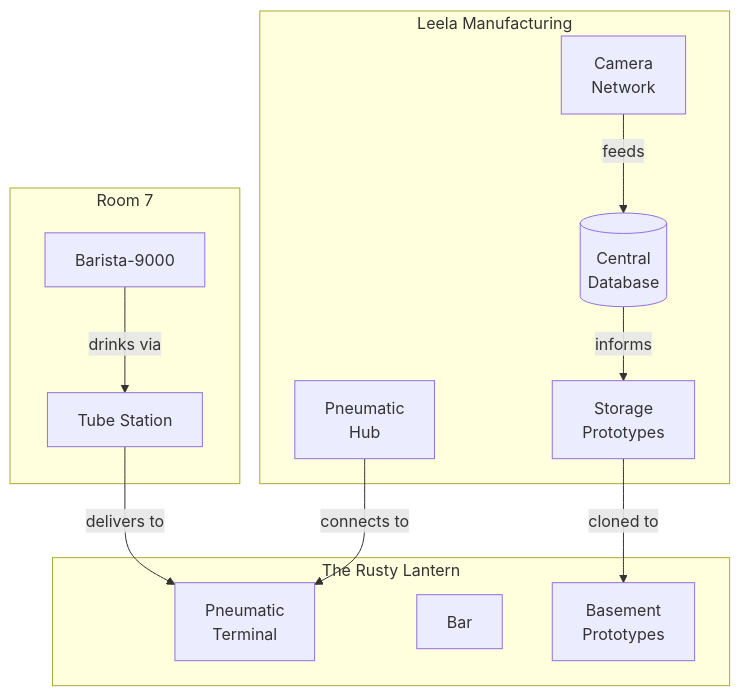
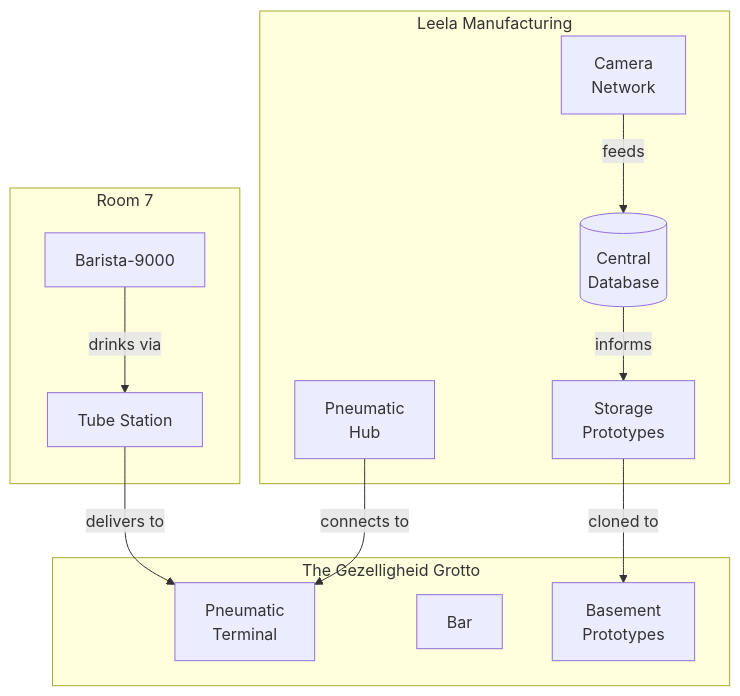
One commit to SimHacker/moollm changed the eighth of 16 diagrams in examples/adventure-4/characters/real-people/don-hopkins/sessions/world-tour-leela.md. Above: the diagram before and after it, drawn with Mermaid. The commit also changed other lines of this file and 202 other files, not shown here.

````diff
--- a/examples/adventure-4/characters/real-people/don-hopkins/sessions/world-tour-leela.md
+++ b/examples/adventure-4/characters/real-people/don-hopkins/sessions/world-tour-leela.md
@@ -535,27 +535,27 @@
 ```mermaid
 flowchart TB
-    subgraph PUB[The Rusty Lantern]
+    subgraph PUB[The Gezelligheid Grotto]
         TUBE1[Pneumatic<br/>Terminal]
         BAR[Bar]
         BASEMENT[Basement<br/>Prototypes]
     end
     
     subgraph LEELA[Leela Manufacturing]
         PROTO[Storage<br/>Prototypes]
         PNEUM[Pneumatic<br/>Hub]
         CAMERA[Camera<br/>Network]
         DATABASE[(Central<br/>Database)]
     end
     
     subgraph ROOM7[Room 7]
         BARISTA[Barista-9000]
         STATION[Tube Station]
     end
     
     BARISTA -->|drinks via| STATION
     STATION -->|delivers to| TUBE1
     PROTO -->|cloned to| BASEMENT
     PNEUM -->|connects to| TUBE1
     CAMERA -->|feeds| DATABASE
     DATABASE -->|informs| PROTO
 ```
````
